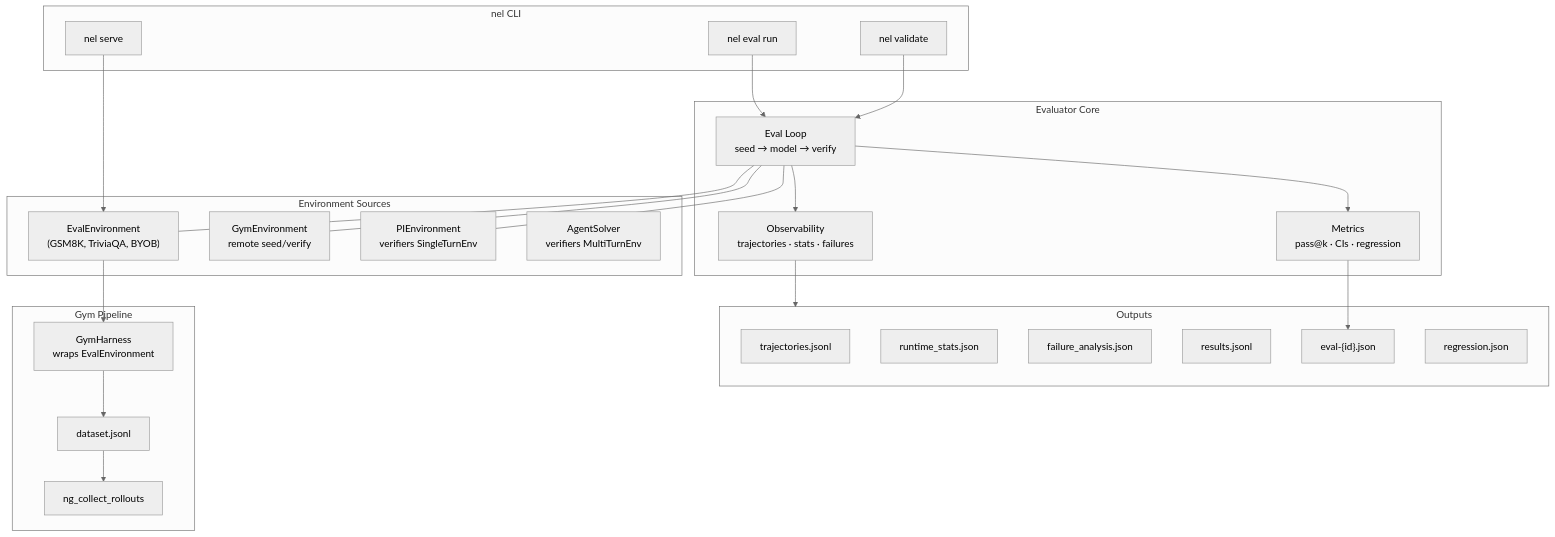
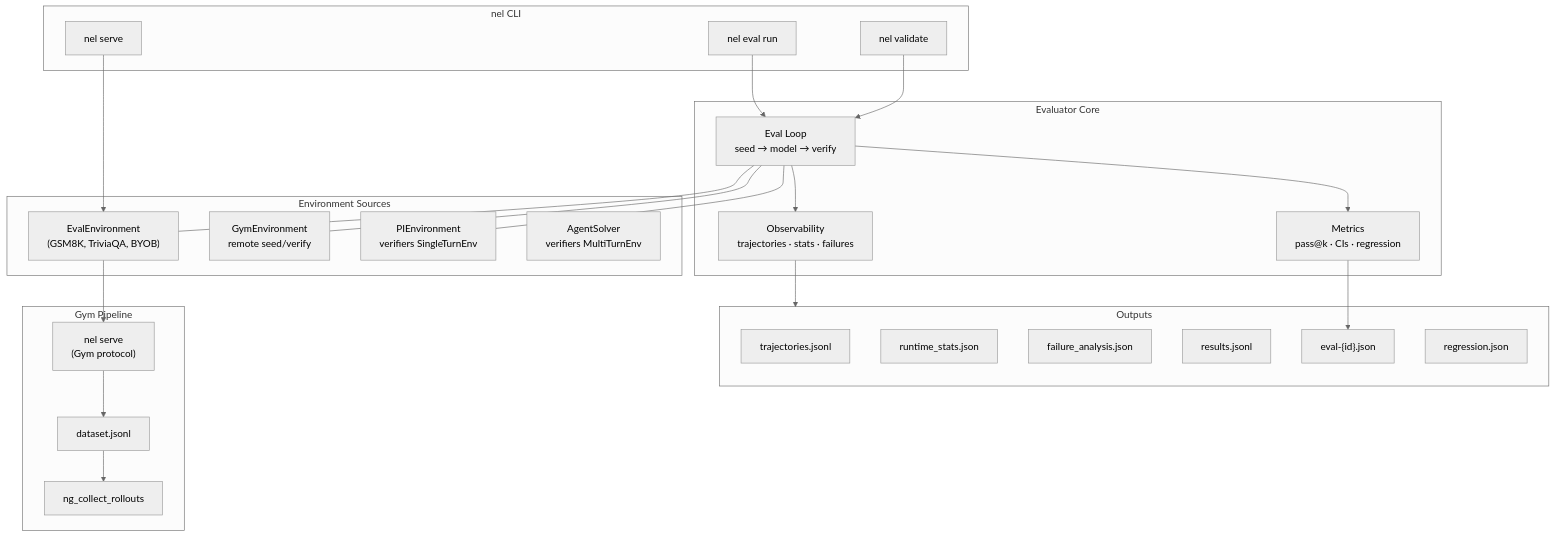
One commit to NVIDIA-NeMo/Evaluator changed the first of 5 diagrams in docs/deployment-patterns.md. Above: the diagram before and after it, drawn with Mermaid (neutral theme). The commit also changed other lines of this file and 63 other files, not shown here.

````diff
--- a/docs/deployment-patterns.md
+++ b/docs/deployment-patterns.md
@@ -5,45 +5,45 @@
 ```{mermaid}
 flowchart TB
     subgraph CLI ["nel CLI"]
         run["nel eval run"]
         serve["nel serve"]
         validate["nel validate"]
     end
 
     subgraph Core ["Evaluator Core"]
         loop["Eval Loop<br/>seed → model → verify"]
         obs["Observability<br/>trajectories · stats · failures"]
         metrics["Metrics<br/>pass@k · CIs · regression"]
     end
 
     subgraph Envs ["Environment Sources"]
         local["EvalEnvironment<br/>(GSM8K, TriviaQA, BYOB)"]
         gym_a["GymEnvironment<br/>remote seed/verify"]
         pi_a["PIEnvironment<br/>verifiers SingleTurnEnv"]
         pi_n["AgentSolver<br/>verifiers MultiTurnEnv"]
     end
 
     subgraph Out ["Outputs"]
         traj["trajectories.jsonl"]
         stats["runtime_stats.json"]
         fail["failure_analysis.json"]
         results["results.jsonl"]
         bundle["eval-{id}.json"]
         reg["regression.json"]
     end
 
     subgraph External ["Gym Pipeline"]
-        harness["GymHarness<br/>wraps EvalEnvironment"]
+        gymserve["nel serve<br/>(Gym protocol)"]
         ng["ng_collect_rollouts"]
         jsonl["dataset.jsonl"]
     end
 
     run --> loop
     validate --> loop
     loop --> obs --> Out
     loop --> metrics --> bundle
     loop --- local & gym_a & pi_a
 
     serve --> local
-    local --> harness --> jsonl --> ng
+    local --> gymserve --> jsonl --> ng
 ```
````
